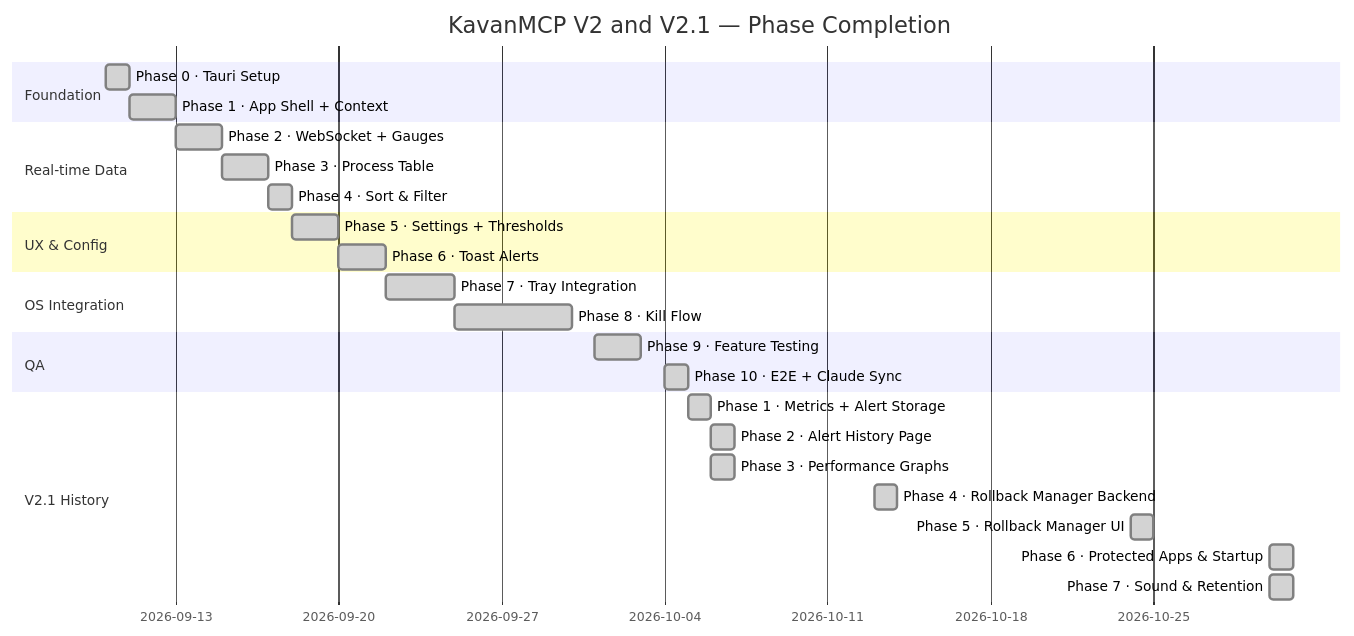
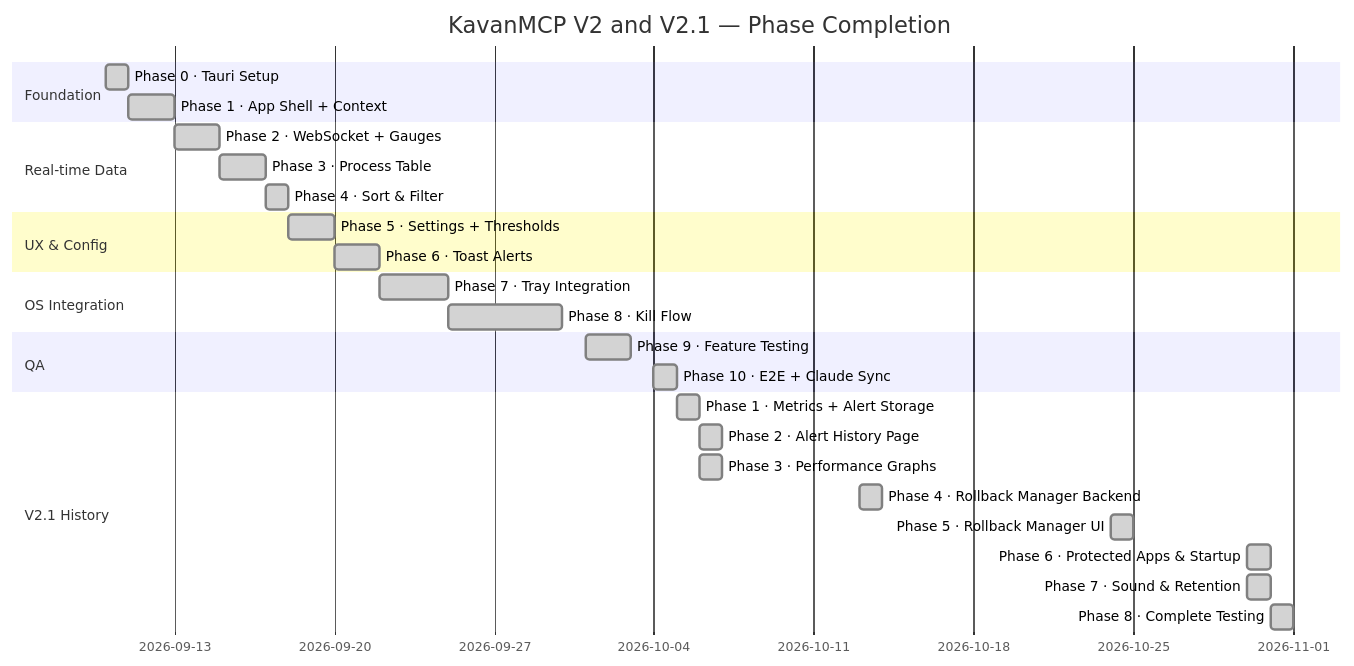
One commit to Rahul-8283/KavanMCP changed the sixth of 7 diagrams in README.md. Above: the diagram before and after it, drawn with Mermaid. The commit also changed other lines of this file and 2 other files, not shown here.

First line of the commit message:
docs: update the README, test count and last commit for V2.1 phase 8

````diff
--- a/README.md
+++ b/README.md
@@ -277,29 +277,30 @@
 ```mermaid
 gantt
     title KavanMCP V2 and V2.1 — Phase Completion
     dateFormat YYYY-MM-DD
     section Foundation
     Phase 0 · Tauri Setup          :done, 2026-09-10, 1d
     Phase 1 · App Shell + Context  :done, 2026-09-11, 2d
     section Real-time Data
     Phase 2 · WebSocket + Gauges   :done, 2026-09-13, 2d
     Phase 3 · Process Table        :done, 2026-09-15, 2d
     Phase 4 · Sort & Filter        :done, 2026-09-17, 1d
     section UX & Config
     Phase 5 · Settings + Thresholds:done, 2026-09-18, 2d
     Phase 6 · Toast Alerts         :done, 2026-09-20, 2d
     section OS Integration
     Phase 7 · Tray Integration     :done, 2026-09-22, 3d
     Phase 8 · Kill Flow            :done, 2026-09-25, 5d
     section QA
     Phase 9 · Feature Testing      :done, 2026-10-01, 2d
     Phase 10 · E2E + Claude Sync   :done, 2026-10-04, 1d
     section V2.1 History
     Phase 1 · Metrics + Alert Storage :done, 2026-10-05, 1d
     Phase 2 · Alert History Page      :done, 2026-10-06, 1d
     Phase 3 · Performance Graphs      :done, 2026-10-06, 1d
     Phase 4 · Rollback Manager Backend :done, 2026-10-13, 1d
     Phase 5 · Rollback Manager UI      :done, 2026-10-24, 1d
     Phase 6 · Protected Apps & Startup :done, 2026-10-30, 1d
     Phase 7 · Sound & Retention        :done, 2026-10-30, 1d
+    Phase 8 · Complete Testing         :done, 2026-10-31, 1d
 ```
````
